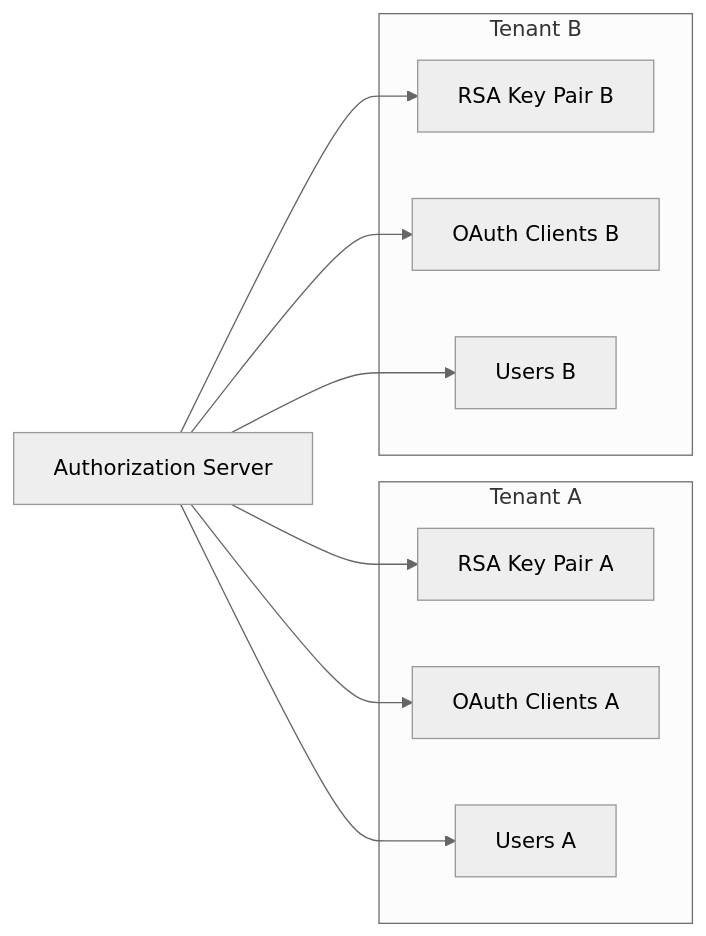
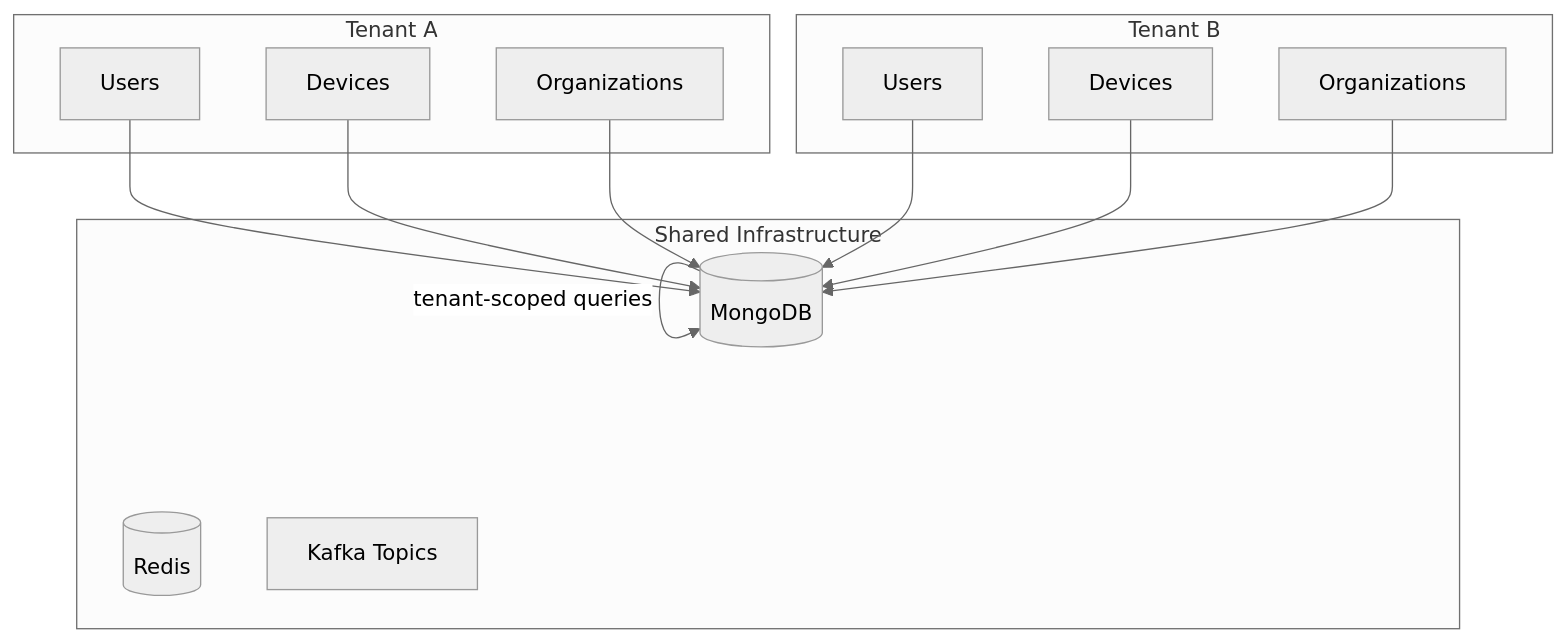
One commit to Praesto-Pro/openframe-oss-tenant changed the third of 5 diagrams in docs/development/architecture/README.md. Above: the diagram before and after it, drawn with Mermaid (neutral theme). The commit also changed other lines of this file and 174 other files, not shown here.

````diff
--- a/docs/development/architecture/README.md
+++ b/docs/development/architecture/README.md
@@ -134,23 +286,29 @@
 ```mermaid
-graph LR
+graph TD
     subgraph "Tenant A"
-        TenantAKeys[RSA Key Pair A]
-        TenantAClients[OAuth Clients A]
-        TenantAUsers[Users A]
+        A_Users[Users]
+        A_Devices[Devices]
+        A_Orgs[Organizations]
     end
     
-    subgraph "Tenant B" 
-        TenantBKeys[RSA Key Pair B]
-        TenantBClients[OAuth Clients B]
-        TenantBUsers[Users B]
+    subgraph "Tenant B"
+        B_Users[Users]
+        B_Devices[Devices]
+        B_Orgs[Organizations]
     end
     
-    AuthServer[Authorization Server]
+    subgraph "Shared Infrastructure"
+        MongoDB[(MongoDB)]
+        Redis[(Redis)]
+        Kafka[Kafka Topics]
+    end
     
-    AuthServer --> TenantAKeys
-    AuthServer --> TenantBKeys
-    AuthServer --> TenantAClients
-    AuthServer --> TenantBClients
-    AuthServer --> TenantAUsers
-    AuthServer --> TenantBUsers
+    A_Users --> MongoDB
+    A_Devices --> MongoDB
+    A_Orgs --> MongoDB
+    B_Users --> MongoDB
+    B_Devices --> MongoDB
+    B_Orgs --> MongoDB
+    
+    MongoDB --> |tenant-scoped queries| MongoDB
 ```
````
